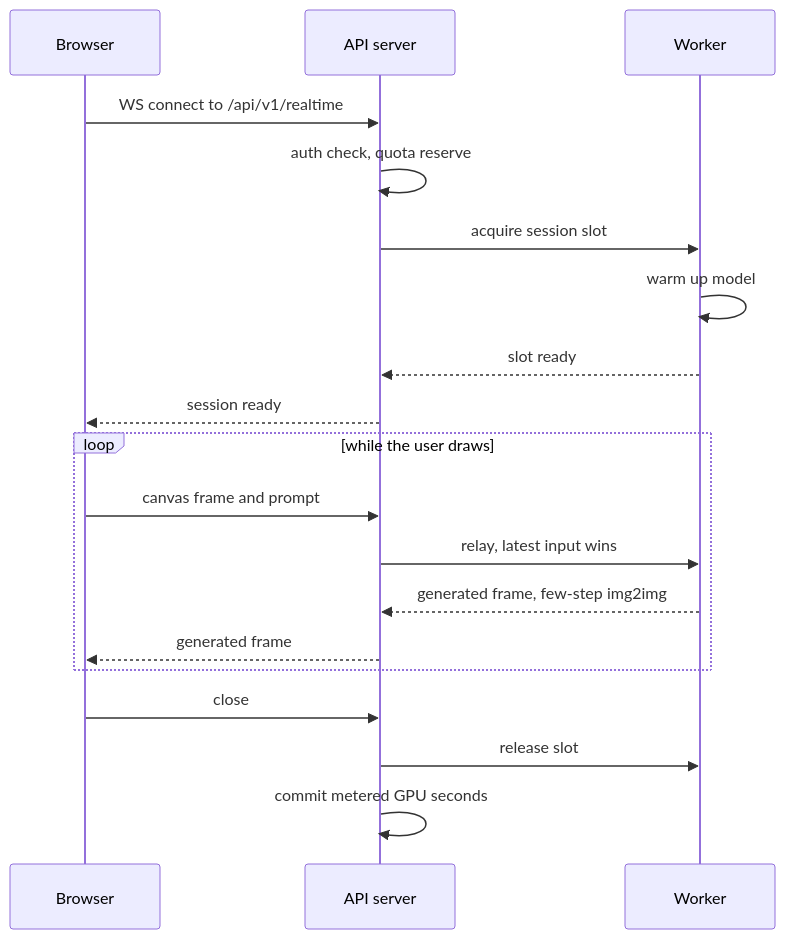
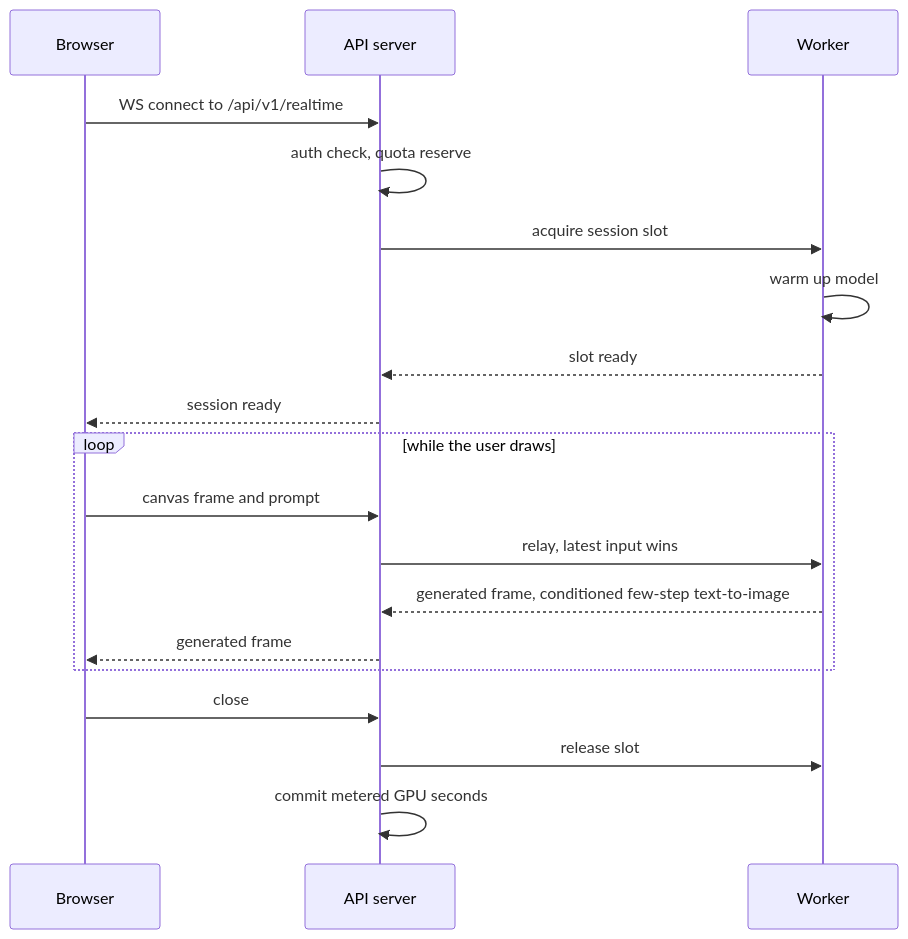
One commit to Portocolom-Studio/potocolom changed the eighth of 15 diagrams in docs/architecture.md. Above: the diagram before and after it, drawn with Mermaid. The commit also changed other lines of this file and 3 other files, not shown here.

````diff
--- a/docs/architecture.md
+++ b/docs/architecture.md
@@ -329,21 +329,21 @@
 ```mermaid
 sequenceDiagram
     participant B as Browser
     participant A as API server
     participant W as Worker
     B->>A: WS connect to /api/v1/realtime
     A->>A: auth check, quota reserve
     A->>W: acquire session slot
     W->>W: warm up model
     W-->>A: slot ready
     A-->>B: session ready
     loop while the user draws
         B->>A: canvas frame and prompt
         A->>W: relay, latest input wins
-        W-->>A: generated frame, few-step img2img
+        W-->>A: generated frame, conditioned few-step text-to-image
         A-->>B: generated frame
     end
     B->>A: close
     A->>W: release slot
     A->>A: commit metered GPU seconds
 ```
````
